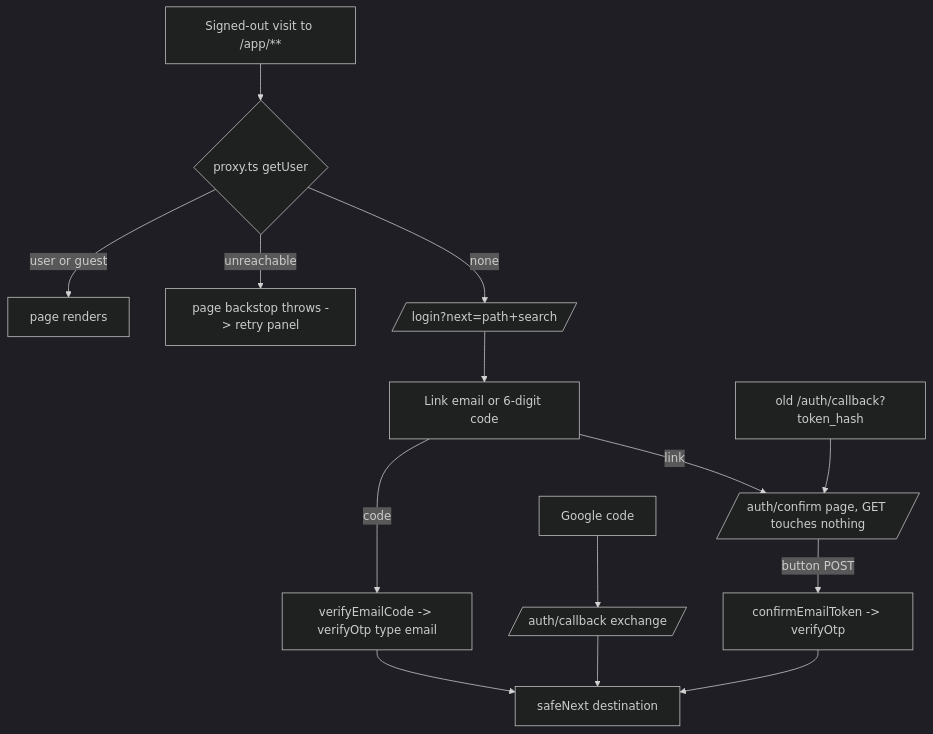
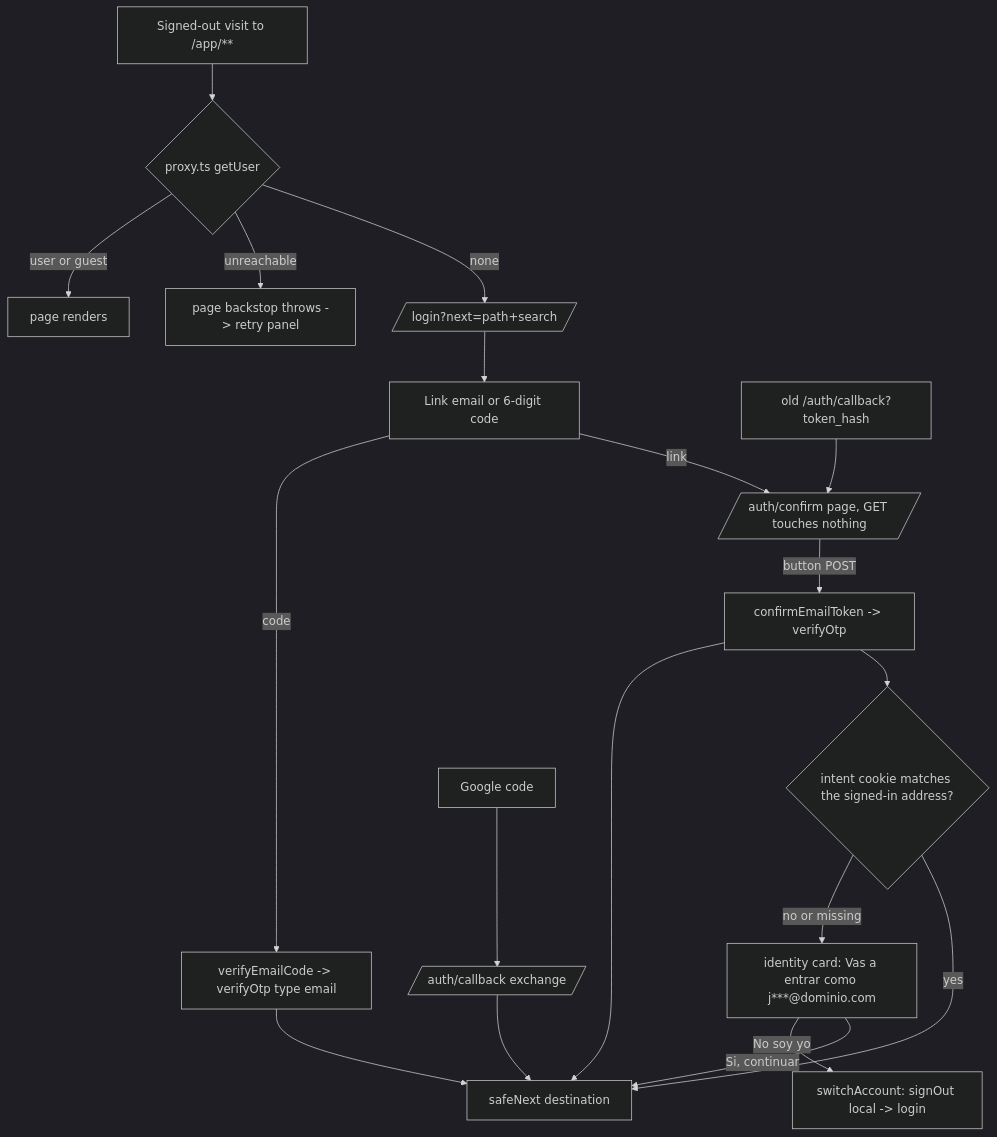
Before and after one commit to ricardovelezd27/cata-cafe: the sixth of 17 diagrams in docs/flows.md, drawn with Mermaid (dark theme). The commit also changed other lines of this file and 10 other files, not shown here.

````diff
--- a/docs/flows.md
+++ b/docs/flows.md
@@ -471,15 +471,20 @@
 ```mermaid
 flowchart TD
   A[Signed-out visit to /app/**] --> P{proxy.ts getUser}
   P -- none --> L[/login?next=path+search/]
   P -- unreachable --> PG[page backstop throws -> retry panel]
   P -- user or guest --> OK[page renders]
   L --> M[Link email or 6-digit code]
   M -- link --> C[/auth/confirm page, GET touches nothing/]
   C -- button POST --> V[confirmEmailToken -> verifyOtp]
+  V --> I{intent cookie matches the signed-in address?}
+  I -- yes --> N
+  I -- no or missing --> ID[identity card: Vas a entrar como j***@dominio.com]
+  ID -- Si, continuar --> N
+  ID -- No soy yo --> SO[switchAccount: signOut local -> login]
   M -- code --> V2[verifyEmailCode -> verifyOtp type email]
   V --> N[safeNext destination]
   V2 --> N
   OLD[old /auth/callback?token_hash] --> C
   G[Google code] --> CB[/auth/callback exchange/] --> N
 ```
````
